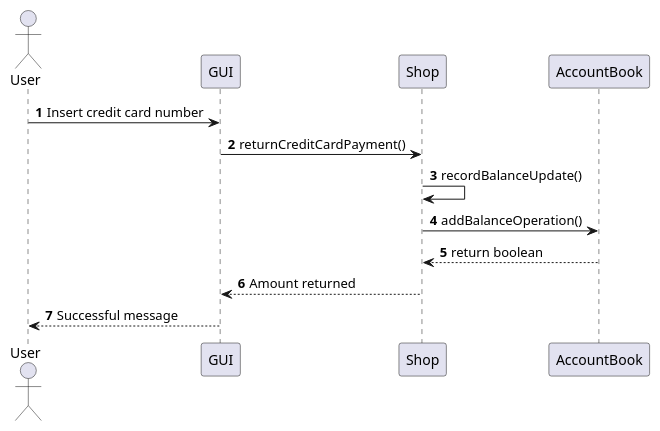
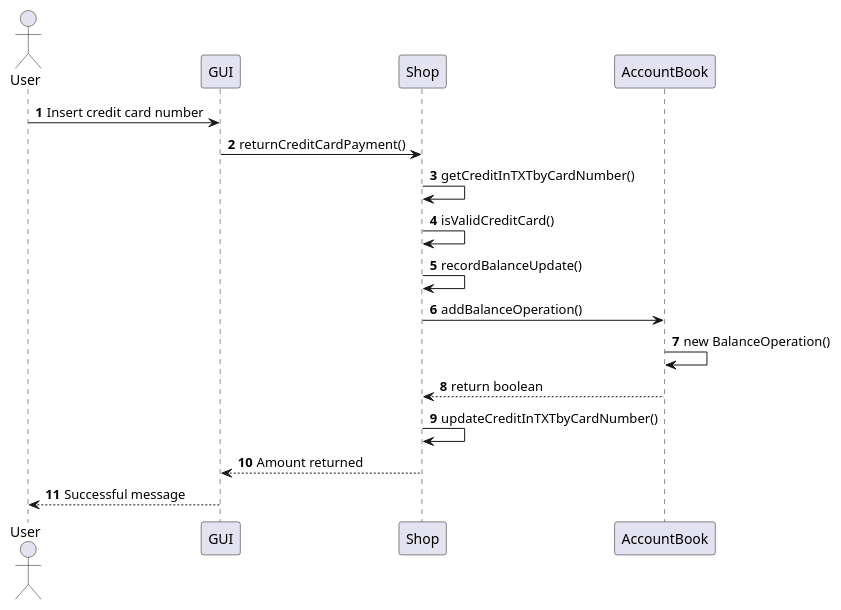
One commit to Stormz4/group20-EzShop changed diagram 22 of 23 in Deliverables/DesignDocument.md. Above: the diagram before and after it, drawn with PlantUML. The commit also changed other lines of this file, not shown here.

````diff
--- a/Deliverables/DesignDocument.md
+++ b/Deliverables/DesignDocument.md
@@ -700,13 +767,17 @@
 ```plantuml
 @startuml
 Actor User
 autonumber
 User -> GUI: Insert credit card number
 GUI -> Shop: returnCreditCardPayment()
+Shop -> Shop: getCreditInTXTbyCardNumber()
+Shop -> Shop: isValidCreditCard()
 Shop -> Shop: recordBalanceUpdate()
 Shop -> AccountBook: addBalanceOperation()
+AccountBook -> AccountBook: new BalanceOperation()
 AccountBook --> Shop: return boolean
+Shop -> Shop: updateCreditInTXTbyCardNumber()
 Shop --> GUI: Amount returned
 GUI --> User: Successful message
 @enduml
 ```
````
